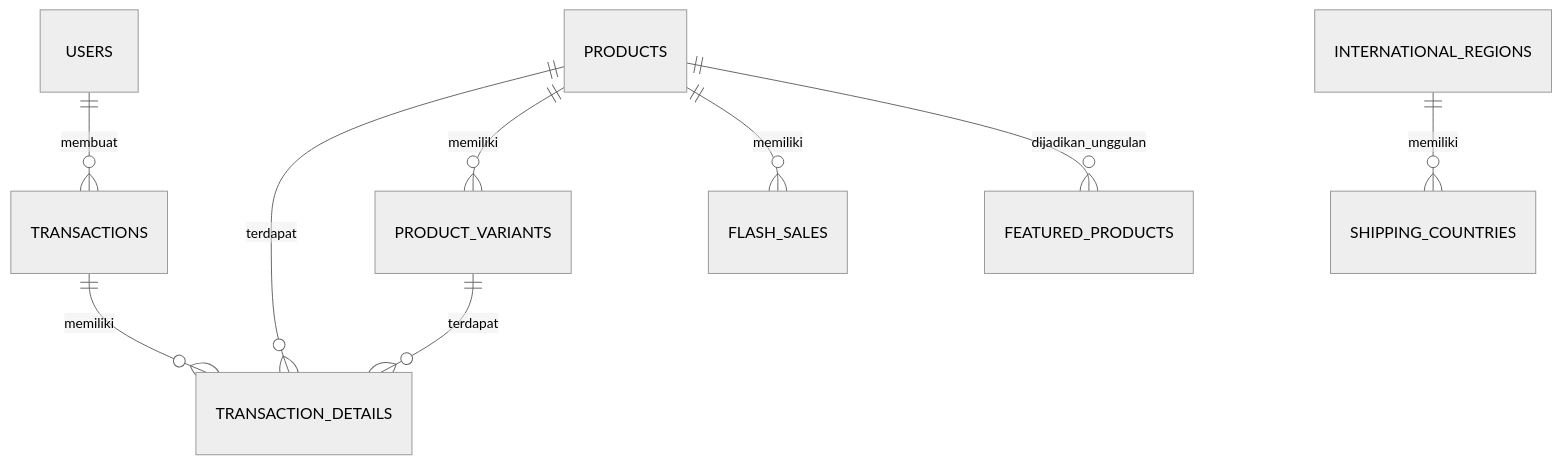
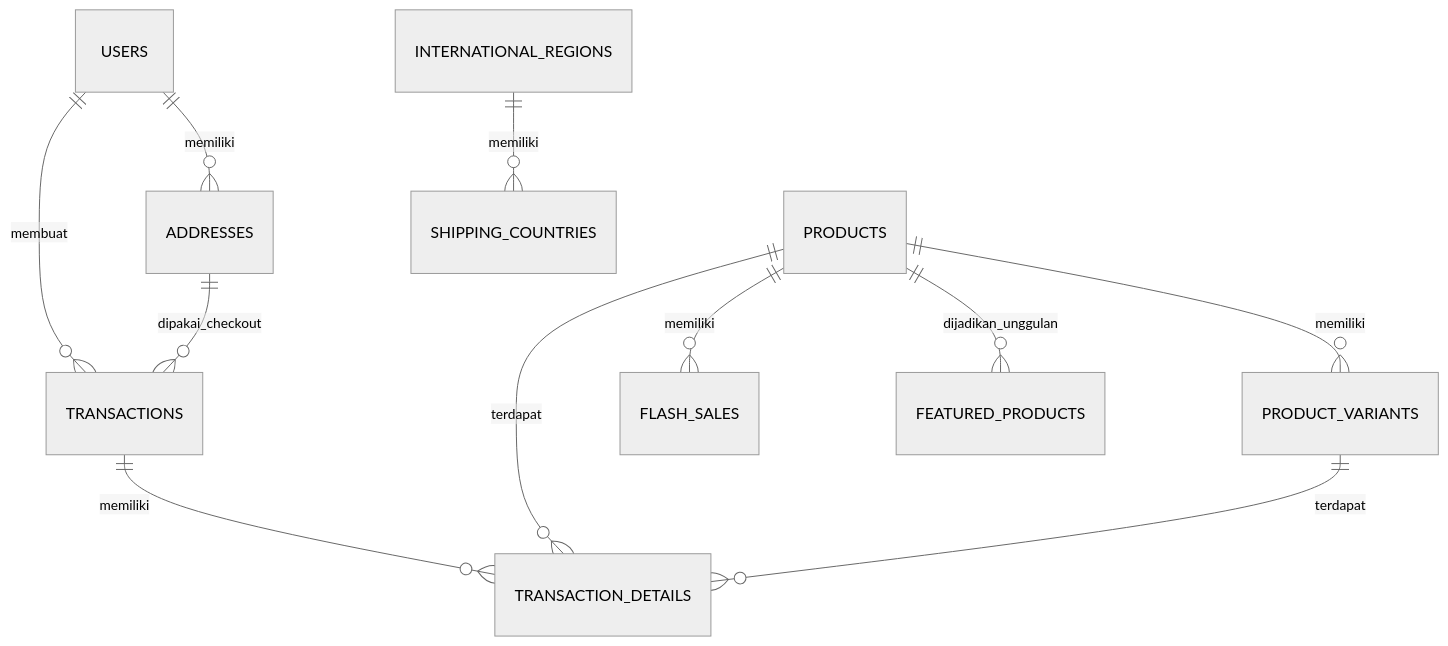
The diagram in README.md (Bahtraaa/algonation), drawn with Mermaid (neutral theme) before and after one commit. The commit also changed other lines of this file and 5 other files, not shown here.

````diff
--- a/README.md
+++ b/README.md
@@ -725,11 +782,13 @@
 ```mermaid
 erDiagram
+    USERS ||--o{ ADDRESSES : memiliki
     USERS ||--o{ TRANSACTIONS : membuat
+    ADDRESSES ||--o{ TRANSACTIONS : dipakai_checkout
     TRANSACTIONS ||--o{ TRANSACTION_DETAILS : memiliki
     PRODUCTS ||--o{ TRANSACTION_DETAILS : terdapat
     PRODUCTS ||--o{ PRODUCT_VARIANTS : memiliki
     PRODUCTS ||--o{ FLASH_SALES : memiliki
     PRODUCTS ||--o{ FEATURED_PRODUCTS : dijadikan_unggulan
     PRODUCT_VARIANTS ||--o{ TRANSACTION_DETAILS : terdapat
     INTERNATIONAL_REGIONS ||--o{ SHIPPING_COUNTRIES : memiliki
 ```
````
